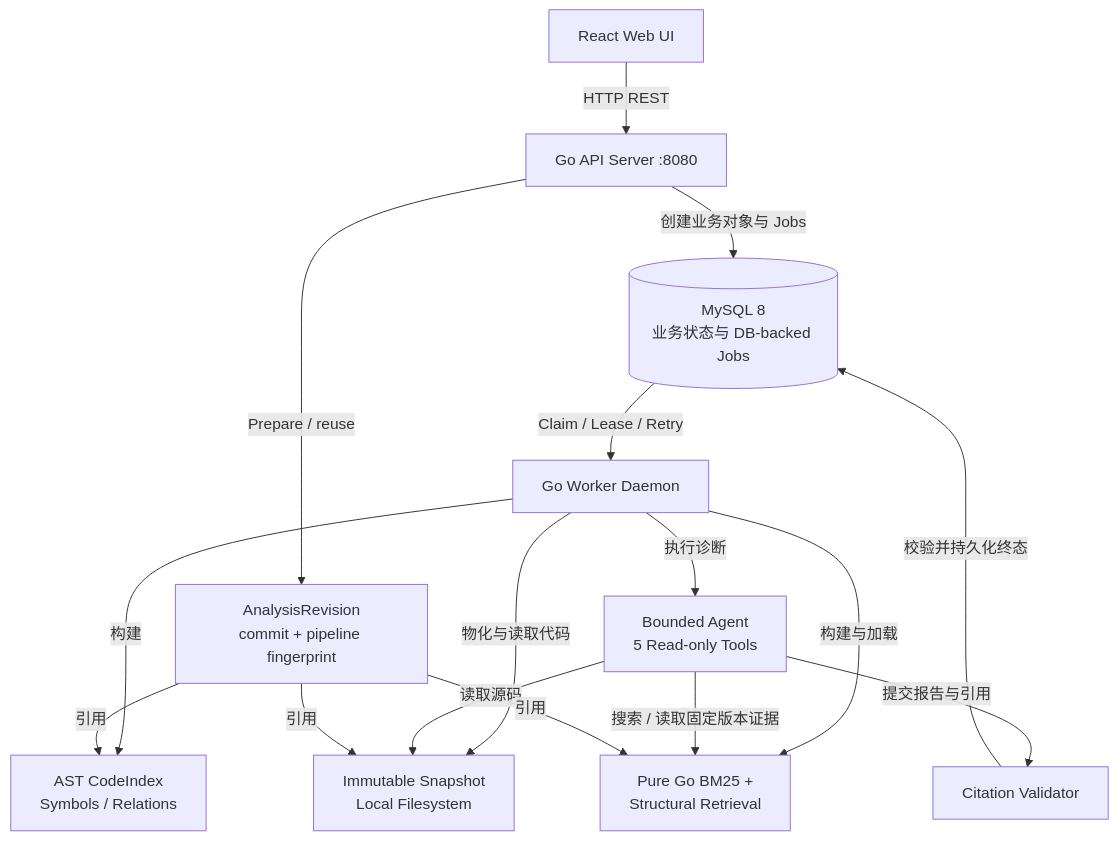
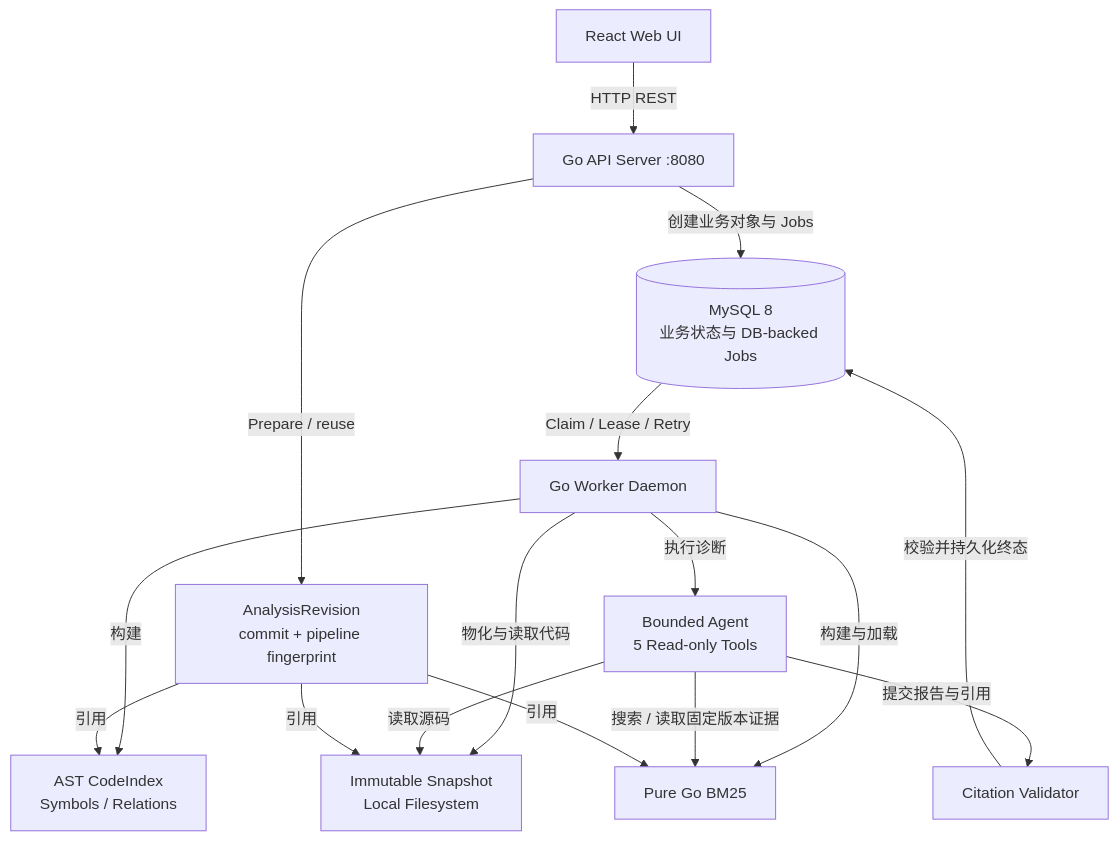
Before and after one commit to mrussss/repolens: the diagram in docs/architecture.md, drawn with Mermaid. The commit also changed other lines of this file and 30 other files, not shown here.

````diff
--- a/docs/architecture.md
+++ b/docs/architecture.md
@@ -7,29 +7,29 @@
 ```mermaid
 graph TD
     Web[React Web UI]
     API[Go API Server :8080]
     MySQL[(MySQL 8\n业务状态与 DB-backed Jobs)]
     Worker[Go Worker Daemon]
     Revision[AnalysisRevision\ncommit + pipeline fingerprint]
     Snapshot[Immutable Snapshot\nLocal Filesystem]
     CodeIndex[AST CodeIndex\nSymbols / Relations]
-    Retrieval[Pure Go BM25 +\nStructural Retrieval]
+    Retrieval[Pure Go BM25]
     Agent[Bounded Agent\n5 Read-only Tools]
     Citation[Citation Validator]
 
     Web -->|HTTP REST| API
     API -->|Prepare / reuse| Revision
     API -->|创建业务对象与 Jobs| MySQL
     MySQL -->|Claim / Lease / Retry| Worker
     Worker -->|物化与读取代码| Snapshot
     Worker -->|构建| CodeIndex
     Worker -->|构建与加载| Retrieval
     Worker -->|执行诊断| Agent
     Agent -->|搜索 / 读取固定版本证据| Retrieval
     Agent -->|读取源码| Snapshot
     Agent -->|提交报告与引用| Citation
     Citation -->|校验并持久化终态| MySQL
     Revision -->|引用| Snapshot
     Revision -->|引用| CodeIndex
     Revision -->|引用| Retrieval
 ```
````
